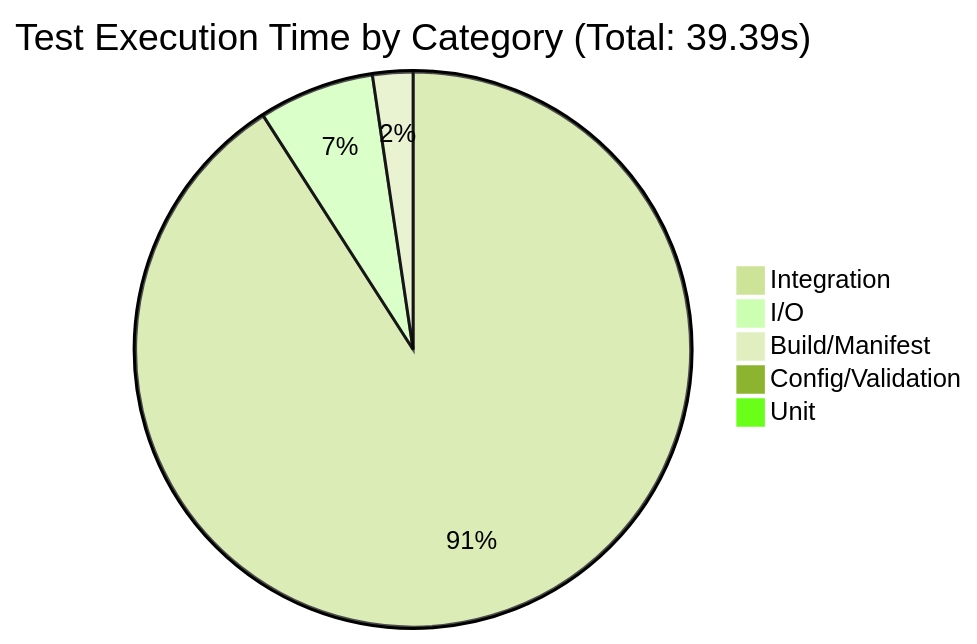
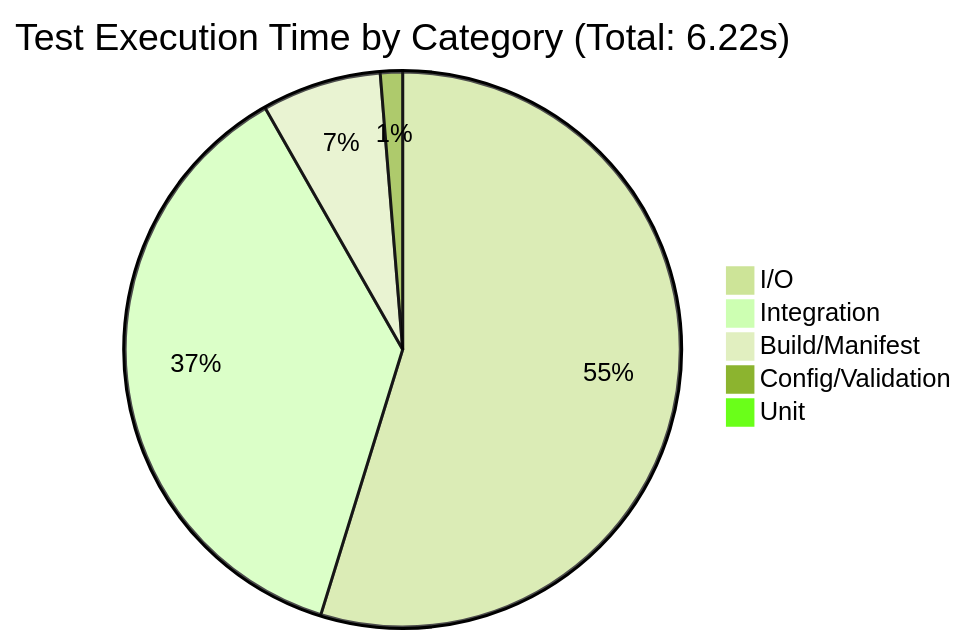
One commit to cnoe-io/idpbuilder changed the diagram in docs/test-timing-analysis.md. Above: the diagram before and after it, drawn with Mermaid (forest theme). The commit also changed other lines of this file and 1 other file, not shown here.

Commit message:
Update documentation to reflect optimized test timings (39s -> 6.2s)

````diff
--- a/docs/test-timing-analysis.md
+++ b/docs/test-timing-analysis.md
@@ -39,8 +39,8 @@
 ```mermaid
-pie title Test Execution Time by Category (Total: 39.39s)
-    "Integration" : 35.67
-    "I/O" : 2.64
-    "Build/Manifest" : 0.92
-    "Config/Validation" : 0.12
-    "Unit" : 0.04
+pie title Test Execution Time by Category (Total: 6.22s)
+    "I/O" : 3.39
+    "Integration" : 2.29
+    "Build/Manifest" : 0.43
+    "Config/Validation" : 0.08
+    "Unit" : 0.03
 ```
````
